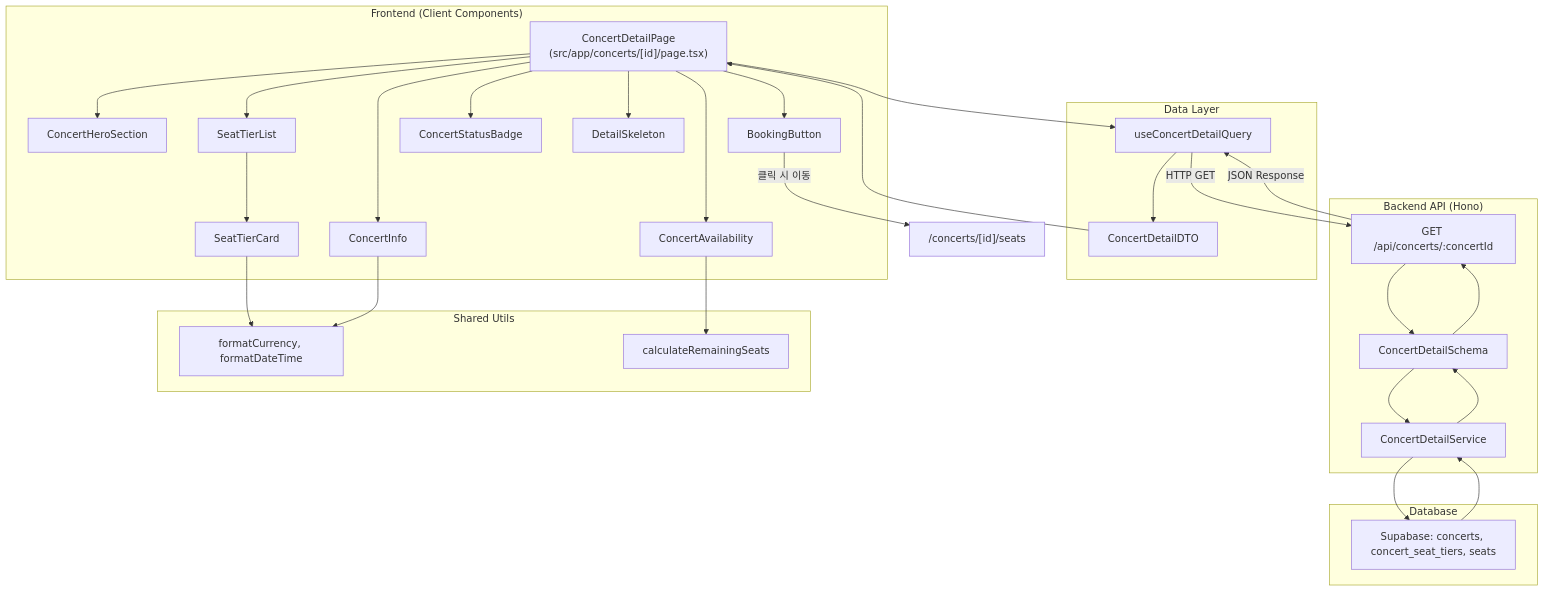
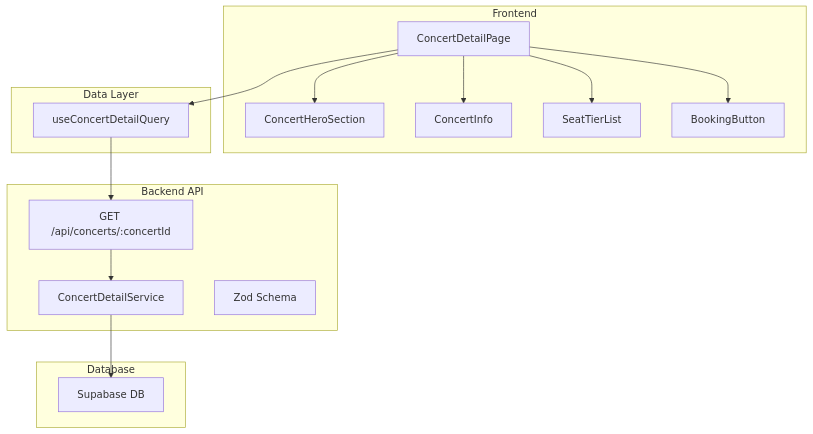
The diagram in docs/pages/concert-detail/plan.md (dasanworld/ConcertReserve), drawn with Mermaid before and after one commit. The commit also changed other lines of this file and 3 other files, not shown here.

First line of the commit message:
docs: update concert detail and reservation form plans for clarity and conciseness

````diff
--- a/docs/pages/concert-detail/plan.md
+++ b/docs/pages/concert-detail/plan.md
@@ -35,62 +27,34 @@
 ```mermaid
 graph TB
-  subgraph "Frontend (Client Components)"
-    ConcertDetailPage["ConcertDetailPage<br/>(src/app/concerts/[id]/page.tsx)"]
+  subgraph "Frontend"
+    ConcertDetailPage["ConcertDetailPage"]
     ConcertHeroSection["ConcertHeroSection"]
     ConcertInfo["ConcertInfo"]
     SeatTierList["SeatTierList"]
-    SeatTierCard["SeatTierCard"]
-    ConcertAvailability["ConcertAvailability"]
     BookingButton["BookingButton"]
-    ConcertStatusBadge["ConcertStatusBadge"]
-    DetailSkeleton["DetailSkeleton"]
   end
 
   subgraph "Data Layer"
     ConcertDetailQuery["useConcertDetailQuery"]
-    ConcertDetailDTO["ConcertDetailDTO"]
   end
 
-  subgraph "Backend API (Hono)"
+  subgraph "Backend API"
     ConcertDetailRoute["GET /api/concerts/:concertId"]
     ConcertDetailService["ConcertDetailService"]
-    ConcertDetailSchema["ConcertDetailSchema"]
+    ConcertDetailSchema["Zod Schema"]
   end
 
   subgraph "Database"
-    Supabase["Supabase: concerts, concert_seat_tiers, seats"]
-  end
-
-  subgraph "Shared Utils"
-    FormatUtils["formatCurrency, formatDateTime"]
-    SeatCalc["calculateRemainingSeats"]
+    Supabase["Supabase DB"]
   end
 
   ConcertDetailPage --> ConcertDetailQuery
   ConcertDetailPage --> ConcertHeroSection
   ConcertDetailPage --> ConcertInfo
   ConcertDetailPage --> SeatTierList
-  ConcertDetailPage --> ConcertAvailability
   ConcertDetailPage --> BookingButton
-  ConcertDetailPage --> DetailSkeleton
 
-  ConcertDetailQuery --> |HTTP GET| ConcertDetailRoute
-  ConcertDetailRoute --> ConcertDetailSchema
-  ConcertDetailSchema --> ConcertDetailService
+  ConcertDetailQuery --> ConcertDetailRoute
+  ConcertDetailRoute --> ConcertDetailService
   ConcertDetailService --> Supabase
-
-  Supabase --> ConcertDetailService
-  ConcertDetailService --> ConcertDetailSchema
-  ConcertDetailSchema --> ConcertDetailRoute
-  ConcertDetailRoute --> |JSON Response| ConcertDetailQuery
-  ConcertDetailQuery --> ConcertDetailDTO
-  ConcertDetailDTO --> ConcertDetailPage
-
-  SeatTierList --> SeatTierCard
-  SeatTierCard --> FormatUtils
-  ConcertInfo --> FormatUtils
-  ConcertAvailability --> SeatCalc
-  ConcertDetailPage --> ConcertStatusBadge
-
-  BookingButton --> |클릭 시 이동| SeatsPage["/concerts/[id]/seats"]
 ```
````
